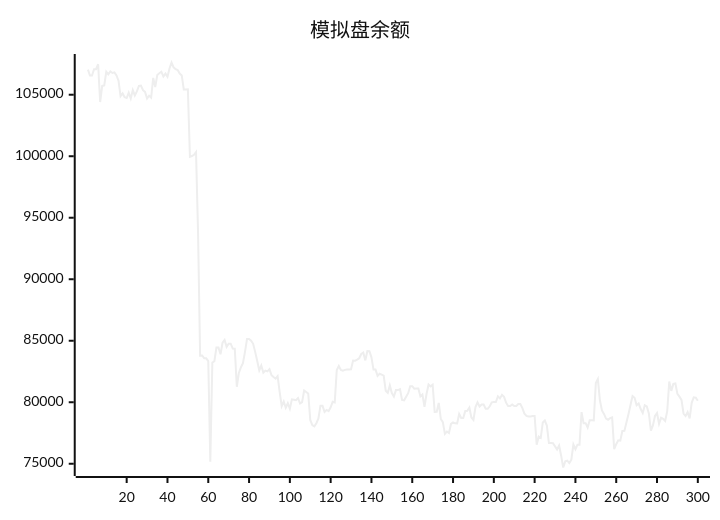
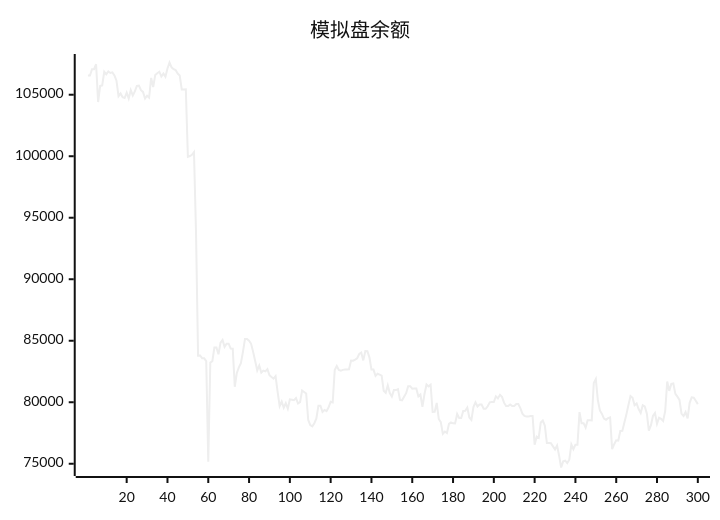
The diagram in README.md (aahl/ai-trading), drawn with Mermaid (neutral theme) before and after one commit. The commit also changed other lines of this file and 1 other file, not shown here.

````diff
--- a/README.md
+++ b/README.md
@@ -5,5 +5,5 @@
 ```mermaid
 xychart
     title "模拟盘余额"
-    line [107046,106565,106565,107081,107081,107478,104404,105715,105749,106866,106651,106889,106771,106816,106565,106141,104876,105103,104796,104734,105169,104690,105380,104941,105272,105709,105739,105374,105227,104691,104924,104762,106364,105628,106608,106748,106872,106485,106721,106468,107132,107620,107224,107080,107001,106717,106567,105431,105431,105440,99950,100017,100113,100337,93749,83795,83807,83567,83567,83342,75168,83222,83336,84448,84449,83896,84839,85065,84499,84757,84757,84364,84347,81254,82385,82835,83184,84099,85150,85150,85002,84751,84096,83356,82582,82983,82404,82572,82512,82688,82200,82047,81920,82125,80840,79688,80060,79552,79920,79470,80236,80208,80170,80336,79894,80006,80954,80837,80712,78561,78139,78037,78293,78682,79720,79720,79214,79372,79279,79591,80046,79993,82625,82950,82626,82571,82633,82670,82670,82681,83386,83378,83464,83579,83920,84037,83402,84160,84142,83652,82655,82655,82145,82315,82243,82163,80934,80770,81371,80742,80468,80989,80989,81067,80191,80155,80450,80737,81309,81309,81106,81119,81119,80471,80631,79624,80670,81448,81290,81429,79212,79222,79940,78643,78380,77432,77623,77504,78235,78358,78284,78277,79048,78714,78714,79290,79308,79567,78763,78563,79603,79988,79652,79813,79813,79476,79469,79673,79995,80015,80015,80486,80314,80600,80436,79966,79689,79689,79819,79692,79692,79850,79850,79518,79071,78889,78850,78850,78878,78878,76554,77202,77103,78357,78510,78106,76678,76677,76672,76411,76159,76485,75656,74695,75197,75246,75052,75334,76564,76179,76553,76551,79196,78300,78300,77944,78531,78531,78521,81564,81884,80160,79335,79055,78675,78580,78708,78764,76179,76586,76902,76876,77658,77669,78346,79023,79769,80497,80366,79761,79896,79448,79126,79749,79658,79097,77695,78114,78888,79126,78249,78738,78653,78478,79271,81680,80923,81488,81527,80681,80455,80190,79084,78879,79193,78686,79954,80403,80374,80118]
+    line [106565,106565,107081,107081,107478,104404,105715,105749,106866,106651,106889,106771,106816,106565,106141,104876,105103,104796,104734,105169,104690,105380,104941,105272,105709,105739,105374,105227,104691,104924,104762,106364,105628,106608,106748,106872,106485,106721,106468,107132,107620,107224,107080,107001,106717,106567,105431,105431,105440,99950,100017,100113,100337,93749,83795,83807,83567,83567,83342,75168,83222,83336,84448,84449,83896,84839,85065,84499,84757,84757,84364,84347,81254,82385,82835,83184,84099,85150,85150,85002,84751,84096,83356,82582,82983,82404,82572,82512,82688,82200,82047,81920,82125,80840,79688,80060,79552,79920,79470,80236,80208,80170,80336,79894,80006,80954,80837,80712,78561,78139,78037,78293,78682,79720,79720,79214,79372,79279,79591,80046,79993,82625,82950,82626,82571,82633,82670,82670,82681,83386,83378,83464,83579,83920,84037,83402,84160,84142,83652,82655,82655,82145,82315,82243,82163,80934,80770,81371,80742,80468,80989,80989,81067,80191,80155,80450,80737,81309,81309,81106,81119,81119,80471,80631,79624,80670,81448,81290,81429,79212,79222,79940,78643,78380,77432,77623,77504,78235,78358,78284,78277,79048,78714,78714,79290,79308,79567,78763,78563,79603,79988,79652,79813,79813,79476,79469,79673,79995,80015,80015,80486,80314,80600,80436,79966,79689,79689,79819,79692,79692,79850,79850,79518,79071,78889,78850,78850,78878,78878,76554,77202,77103,78357,78510,78106,76678,76677,76672,76411,76159,76485,75656,74695,75197,75246,75052,75334,76564,76179,76553,76551,79196,78300,78300,77944,78531,78531,78521,81564,81884,80160,79335,79055,78675,78580,78708,78764,76179,76586,76902,76876,77658,77669,78346,79023,79769,80497,80366,79761,79896,79448,79126,79749,79658,79097,77695,78114,78888,79126,78249,78738,78653,78478,79271,81680,80923,81488,81527,80681,80455,80190,79084,78879,79193,78686,79954,80403,80374,80118,79848]
 ```
````
